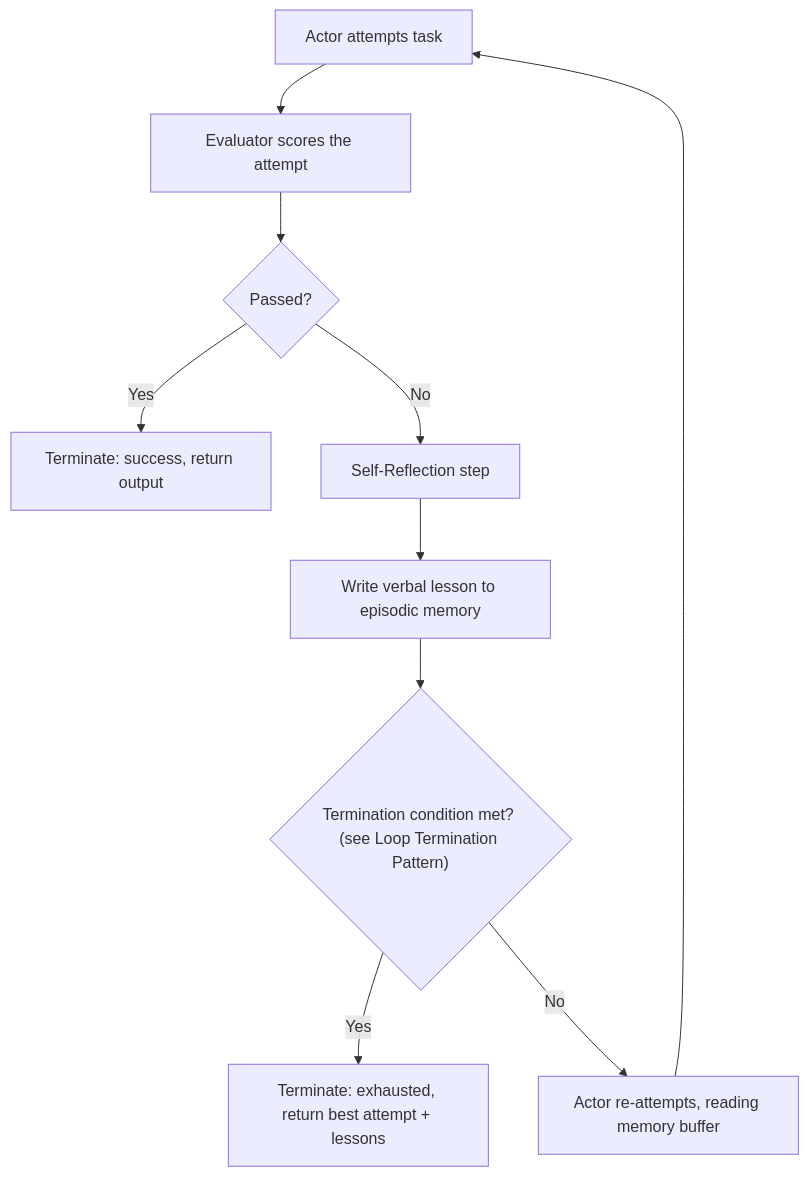
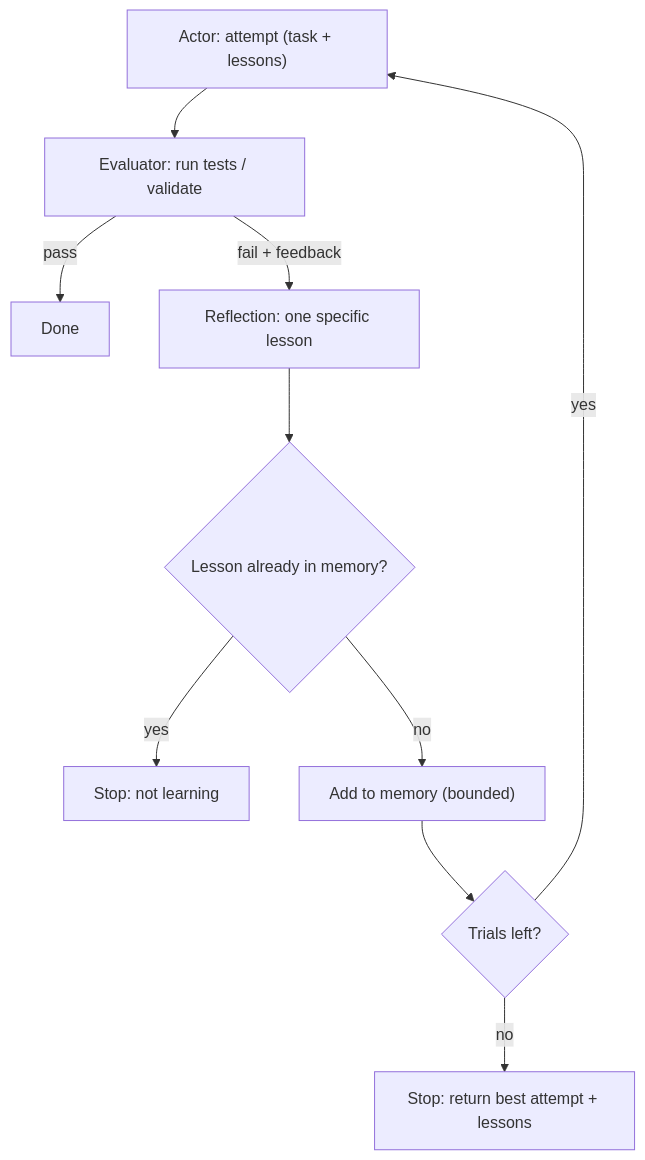
One commit to PrajwalAmte/AI-Engineering-Patterns changed the diagram in content/patterns/loop-engineering/reflexion-loop.md. Above: the diagram before and after it, drawn with Mermaid. The commit also changed other lines of this file and 190 other files, not shown here.

```diff
--- a/content/patterns/loop-engineering/reflexion-loop.md
+++ b/content/patterns/loop-engineering/reflexion-loop.md
@@ -32,12 +37,12 @@
 <pre class="mermaid">
 flowchart TD
-    A["Actor attempts task"] --> B["Evaluator scores the attempt"]
-    B --> C{"Passed?"}
-    C -->|"Yes"| D["Terminate: success, return output"]
-    C -->|"No"| E["Self-Reflection step"]
-    E --> F["Write verbal lesson to episodic memory"]
-    F --> G{"Termination condition met? (see Loop Termination Pattern)"}
-    G -->|"Yes"| H["Terminate: exhausted, return best attempt + lessons"]
-    G -->|"No"| I["Actor re-attempts, reading memory buffer"]
-    I --> A
+    A["Actor: attempt (task + lessons)"] --> E["Evaluator: run tests / validate"]
+    E -->|"pass"| D["Done"]
+    E -->|"fail + feedback"| R["Reflection: one specific lesson"]
+    R --> M{"Lesson already in memory?"}
+    M -->|"yes"| S["Stop: not learning"]
+    M -->|"no"| W["Add to memory (bounded)"]
+    W --> C{"Trials left?"}
+    C -->|"yes"| A
+    C -->|"no"| X["Stop: return best attempt + lessons"]
 </pre>
```
